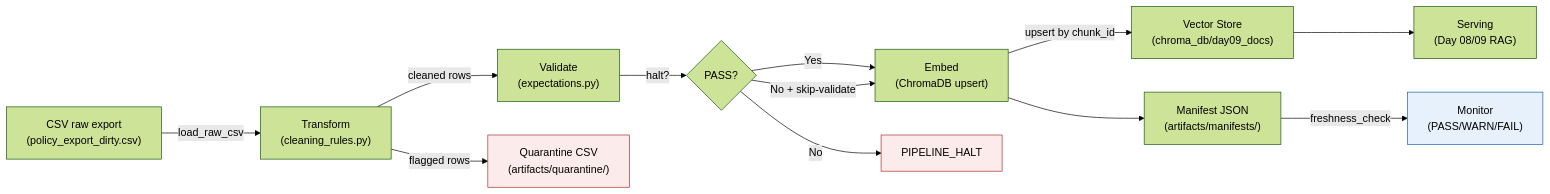
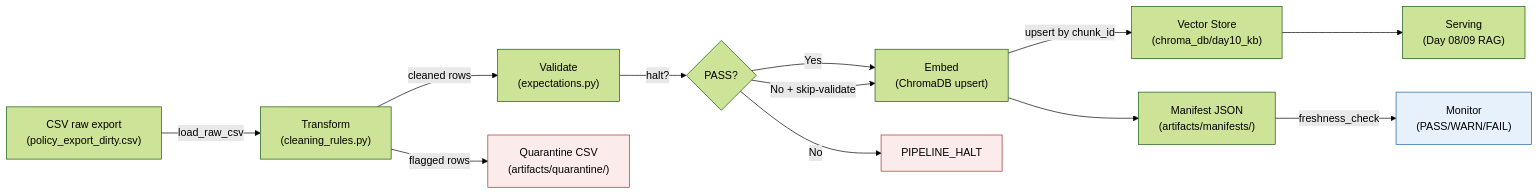
The diagram in lab/docs/pipeline_architecture.md (MDuckkk/XYZ_C401_Day10), drawn with Mermaid (forest theme) before and after one commit. The commit also changed other lines of this file and 3 other files, not shown here.

````diff
--- a/lab/docs/pipeline_architecture.md
+++ b/lab/docs/pipeline_architecture.md
@@ -10,18 +10,18 @@
 ```mermaid
 flowchart LR
     A["CSV raw export\n(policy_export_dirty.csv)"] -->|load_raw_csv| B["Transform\n(cleaning_rules.py)"]
     B -->|cleaned rows| C["Validate\n(expectations.py)"]
     B -->|flagged rows| Q["Quarantine CSV\n(artifacts/quarantine/)"]
     C -->|halt?| D{PASS?}
     D -->|Yes| E["Embed\n(ChromaDB upsert)"]
     D -->|No + skip-validate| E
     D -->|No| STOP["PIPELINE_HALT"]
-    E -->|upsert by chunk_id| F["Vector Store\n(chroma_db/day09_docs)"]
+    E -->|upsert by chunk_id| F["Vector Store\n(chroma_db/day10_kb)"]
     F --> G["Serving\n(Day 08/09 RAG)"]
     E --> M["Manifest JSON\n(artifacts/manifests/)"]
     M -->|freshness_check| MON["Monitor\n(PASS/WARN/FAIL)"]
 
     style Q fill:#FCEBEB,stroke:#A32D2D
     style STOP fill:#FCEBEB,stroke:#A32D2D
     style MON fill:#E6F1FB,stroke:#185FA5
 ```
````
